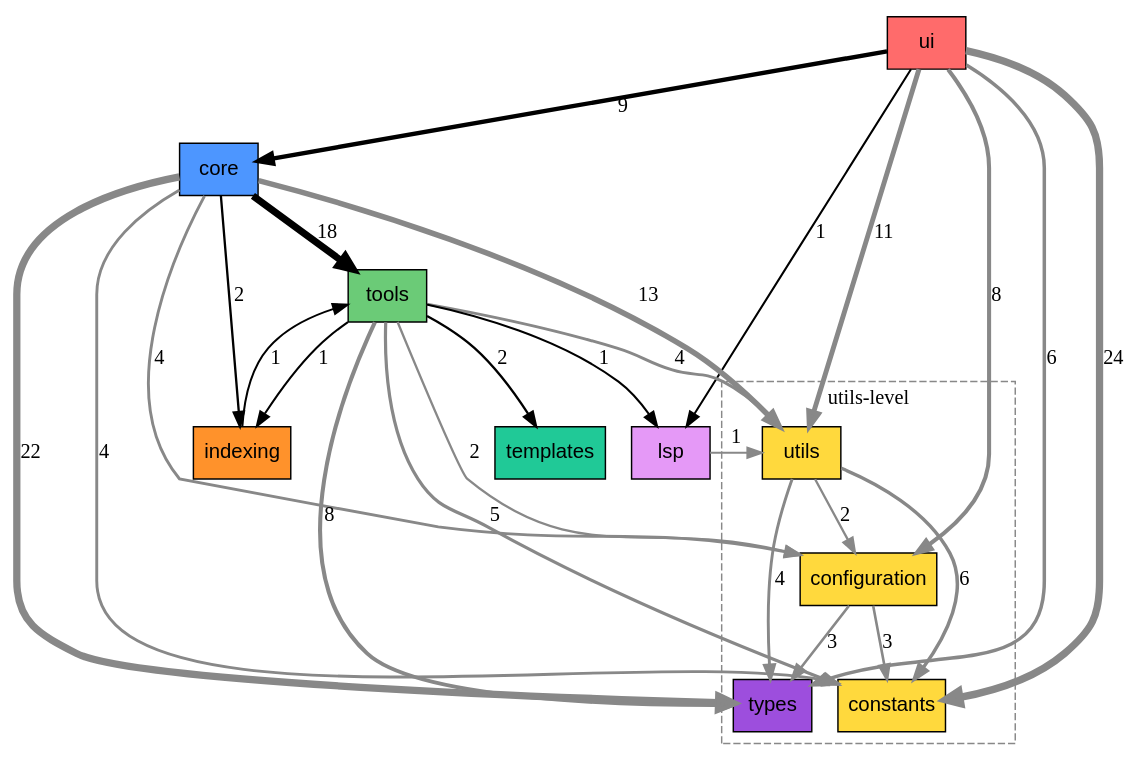
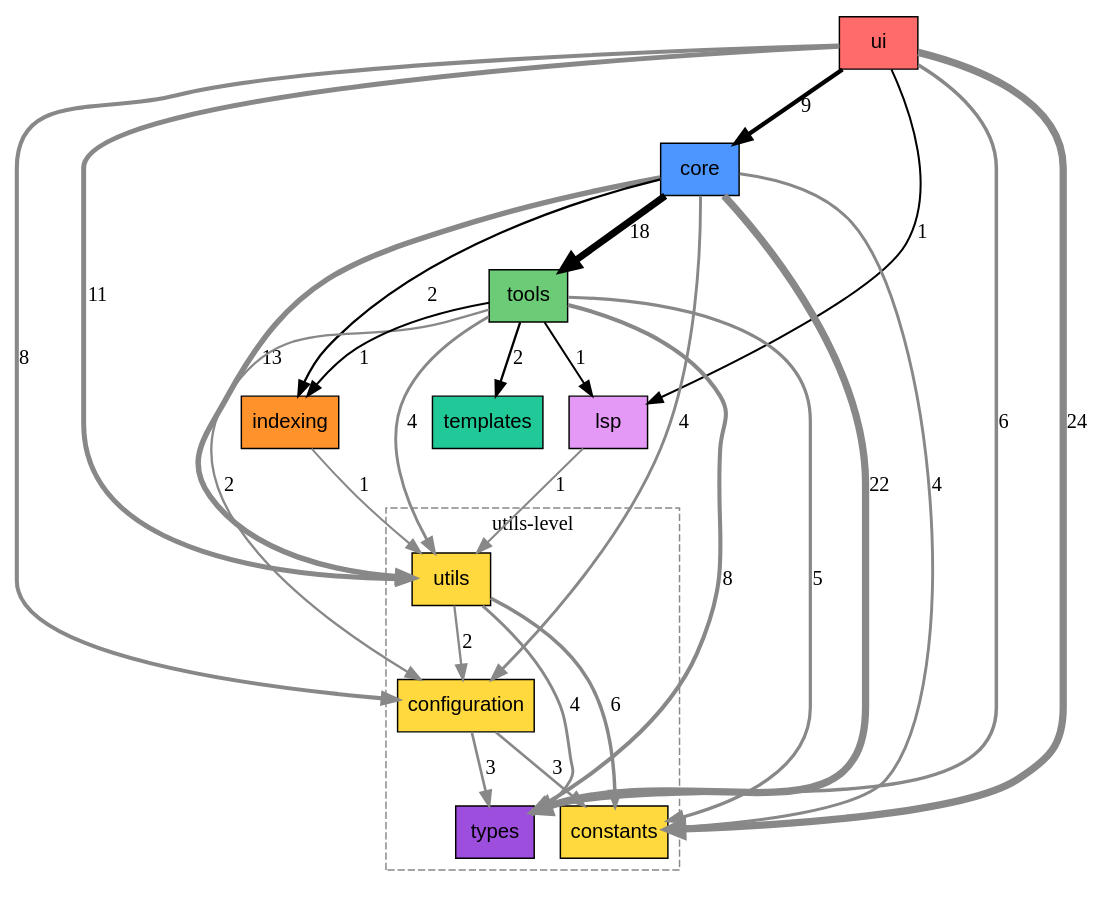
Before and after one commit to alchemiststudiosDOTai/tunacode: the diagram in layers.dot, drawn with Graphviz.

Commit message:
docs: rebuild layers.dot with grimp (no violations)

```diff
--- a/layers.dot
+++ b/layers.dot
@@ -1,48 +1,48 @@
 digraph tunacode_deps {
   rankdir=TB;
   node [shape=box, style=filled, fontname="Arial"];
 
   subgraph cluster_utils_level {
     label="utils-level";
     style=dashed;
     color="#888888";
     utils [label="utils", fillcolor="#ffd93d"];
     types [label="types", fillcolor="#9d4edd"];
     configuration [label="configuration", fillcolor="#ffd93d"];
     constants [label="constants", fillcolor="#ffd93d"];
   }
 
   ui [label="ui", fillcolor="#ff6b6b"];
   core [label="core", fillcolor="#4d96ff"];
   tools [label="tools", fillcolor="#6bcb77"];
   indexing [label="indexing", fillcolor="#ff922b"];
   lsp [label="lsp", fillcolor="#e599f7"];
   templates [label="templates", fillcolor="#20c997"];
 
   configuration -> constants [label="3", penwidth=1.8, color="#888888"];
   configuration -> types [label="3", penwidth=1.8, color="#888888"];
   core -> configuration [label="4", penwidth=2.0, color="#888888"];
   core -> constants [label="4", penwidth=2.0, color="#888888"];
   core -> indexing [label="2", penwidth=1.6];
   core -> tools [label="18", penwidth=4.8];
   core -> types [label="22", penwidth=5.0, color="#888888"];
   core -> utils [label="13", penwidth=3.8, color="#888888"];
-  indexing -> tools [label="1", penwidth=1.4];
+  indexing -> utils [label="1", penwidth=1.4, color="#888888"];
   lsp -> utils [label="1", penwidth=1.4, color="#888888"];
   tools -> configuration [label="2", penwidth=1.6, color="#888888"];
   tools -> constants [label="5", penwidth=2.2, color="#888888"];
   tools -> indexing [label="1", penwidth=1.4];
   tools -> lsp [label="1", penwidth=1.4];
   tools -> templates [label="2", penwidth=1.6];
   tools -> types [label="8", penwidth=2.8, color="#888888"];
   tools -> utils [label="4", penwidth=2.0, color="#888888"];
   ui -> configuration [label="8", penwidth=2.8, color="#888888"];
   ui -> constants [label="24", penwidth=5.0, color="#888888"];
   ui -> core [label="9", penwidth=3.0];
   ui -> lsp [label="1", penwidth=1.4];
   ui -> types [label="6", penwidth=2.4, color="#888888"];
   ui -> utils [label="11", penwidth=3.4, color="#888888"];
   utils -> configuration [label="2", penwidth=1.6, color="#888888"];
   utils -> constants [label="6", penwidth=2.4, color="#888888"];
   utils -> types [label="4", penwidth=2.0, color="#888888"];
 }
```
